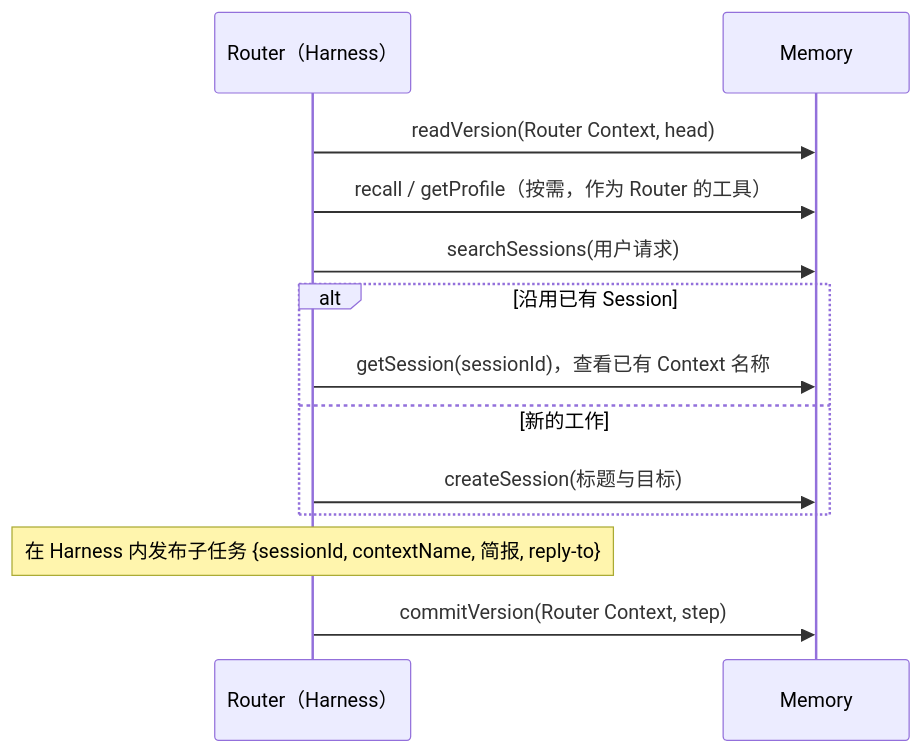
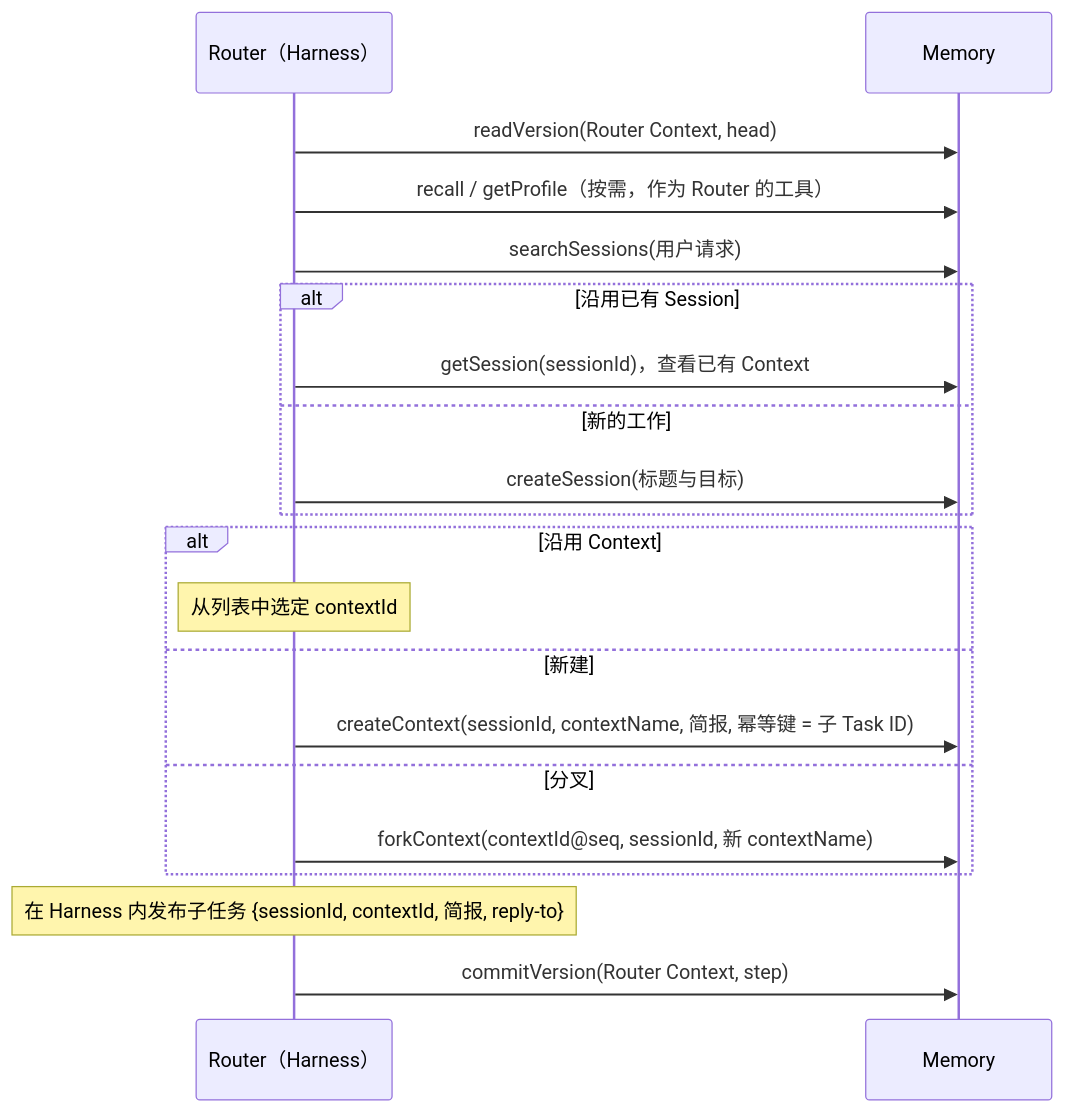
Before and after one commit to langsfang/ga: the first of 2 diagrams in docs/integration-protocol.md, drawn with Mermaid. The commit also changed other lines of this file and 5 other files, not shown here.

````diff
--- a/docs/integration-protocol.md
+++ b/docs/integration-protocol.md
@@ -118,16 +119,23 @@
 ```mermaid
 sequenceDiagram
     participant R as Router（Harness）
     participant M as Memory
 
     R->>M: readVersion(Router Context, head)
     R->>M: recall / getProfile（按需，作为 Router 的工具）
     R->>M: searchSessions(用户请求)
     alt 沿用已有 Session
-        R->>M: getSession(sessionId)，查看已有 Context 名称
+        R->>M: getSession(sessionId)，查看已有 Context
     else 新的工作
         R->>M: createSession(标题与目标)
     end
-    Note over R: 在 Harness 内发布子任务 {sessionId, contextName, 简报, reply-to}
+    alt 沿用 Context
+        Note over R: 从列表中选定 contextId
+    else 新建
+        R->>M: createContext(sessionId, contextName, 简报, 幂等键 = 子 Task ID)
+    else 分叉
+        R->>M: forkContext(contextId@seq, sessionId, 新 contextName)
+    end
+    Note over R: 在 Harness 内发布子任务 {sessionId, contextId, 简报, reply-to}
     R->>M: commitVersion(Router Context, step)
 ```
````
